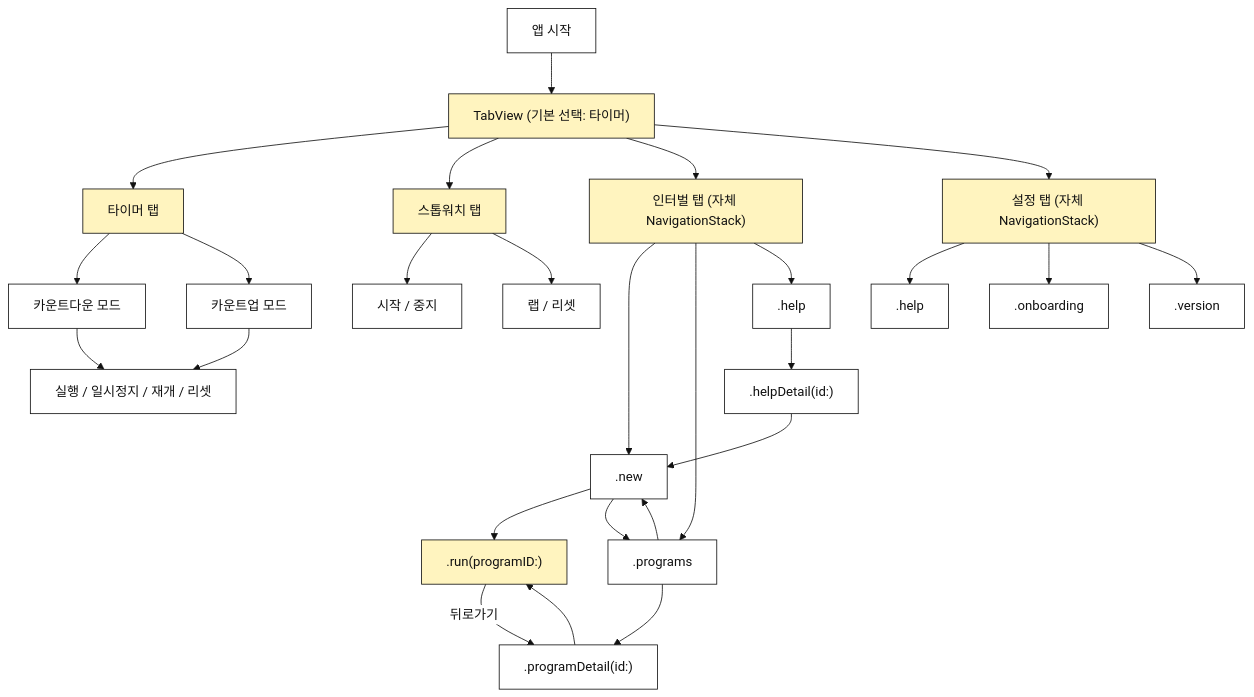
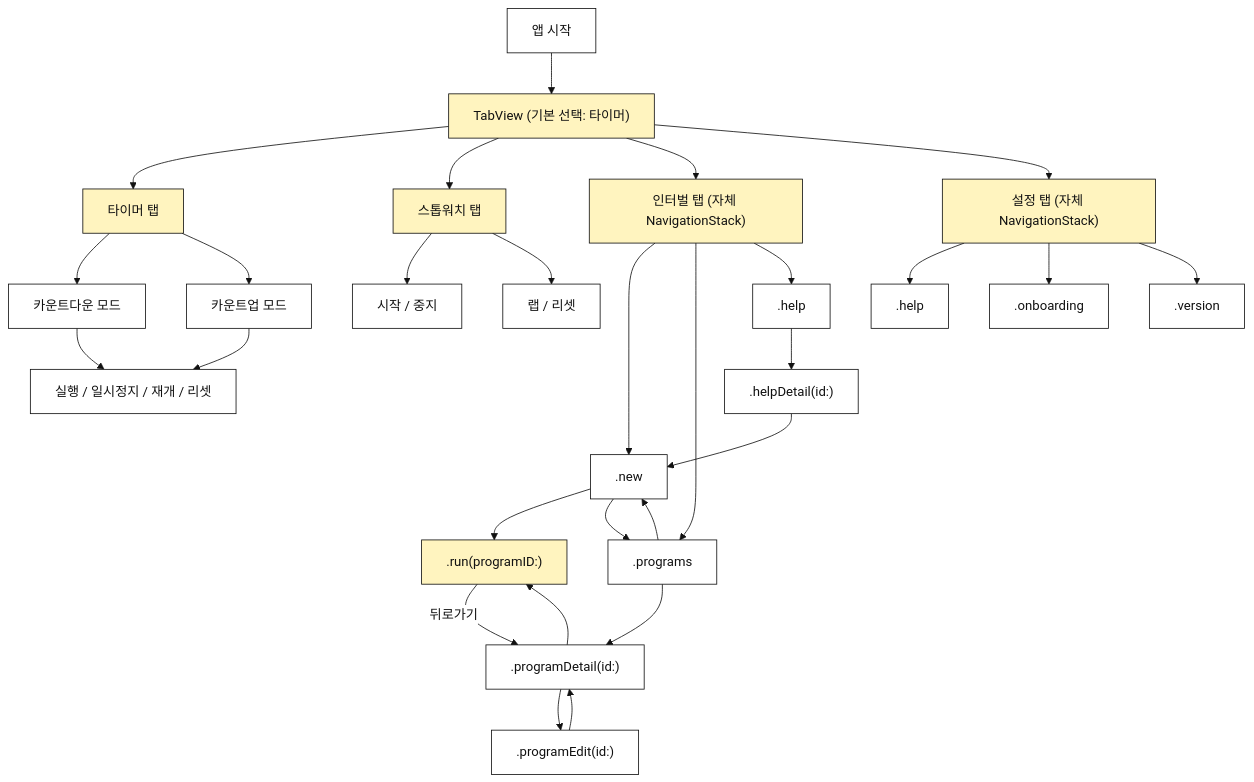
Before and after one commit to KalGookSoo/tempo: the diagram in docs/navigation-structure.md, drawn with Mermaid. The commit also changed other lines of this file and 6 other files, not shown here.

````diff
--- a/docs/navigation-structure.md
+++ b/docs/navigation-structure.md
@@ -48,39 +49,41 @@
 ```mermaid
 %%{init: {"theme": "base", "themeVariables": {"background": "transparent", "primaryColor": "#FFFFFF", "primaryTextColor": "#111111", "primaryBorderColor": "#111111", "lineColor": "#111111", "tertiaryColor": "#F7F7F2"}}}%%
 flowchart TD
     A["앱 시작"] --> TB["TabView (기본 선택: 타이머)"]
     TB --> T["타이머 탭"]
     TB --> S["스톱워치 탭"]
     TB --> I["인터벌 탭 (자체 NavigationStack)"]
     TB --> G["설정 탭 (자체 NavigationStack)"]
 
     T --> T1["카운트다운 모드"]
     T --> T2["카운트업 모드"]
     T1 --> T3["실행 / 일시정지 / 재개 / 리셋"]
     T2 --> T3
 
     S --> S1["시작 / 중지"]
     S --> S2["랩 / 리셋"]
 
     I --> N[".new"]
     I --> P[".programs"]
     I --> H[".help"]
     H --> H1[".helpDetail(id:)"]
 
     N --> R[".run(programID:)"]
     N --> P
     P --> P2[".programDetail(id:)"]
     P --> N
     P2 --> R
+    P2 --> E[".programEdit(id:)"]
+    E --> P2
     H1 --> N
     R -->|뒤로가기| P2
 
     G --> GH[".help"]
     G --> GO[".onboarding"]
     G --> GV[".version"]
 
     classDef primary fill:#FFF4BF,stroke:#111111,color:#111111;
     classDef screen fill:#FFFFFF,stroke:#111111,color:#111111;
     class TB,T,S,I,G,R primary;
-    class T1,T2,T3,S1,S2,N,P,H,H1,P2,GH,GO,GV screen;
+    class T1,T2,T3,S1,S2,N,P,H,H1,P2,E,GH,GO,GV screen;
 ```
````
